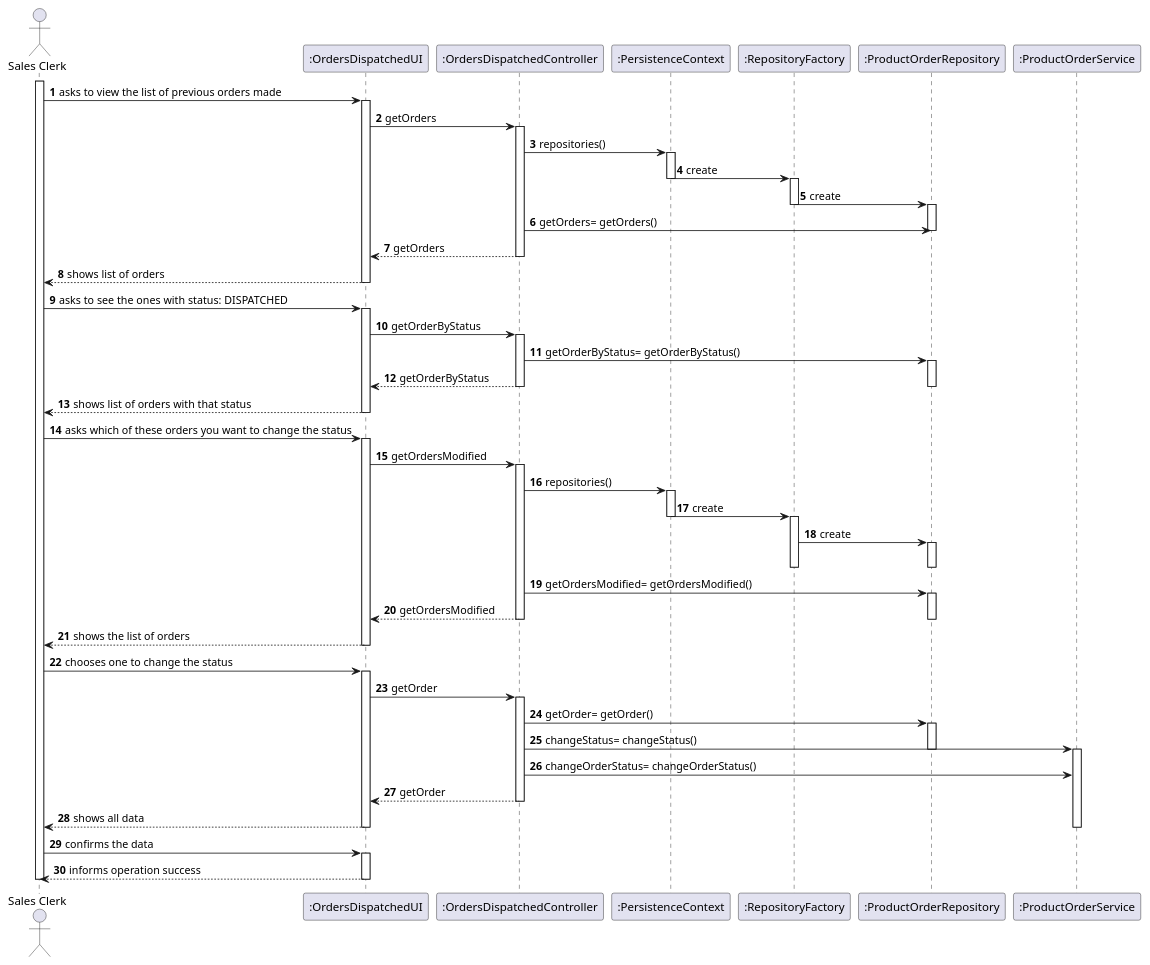
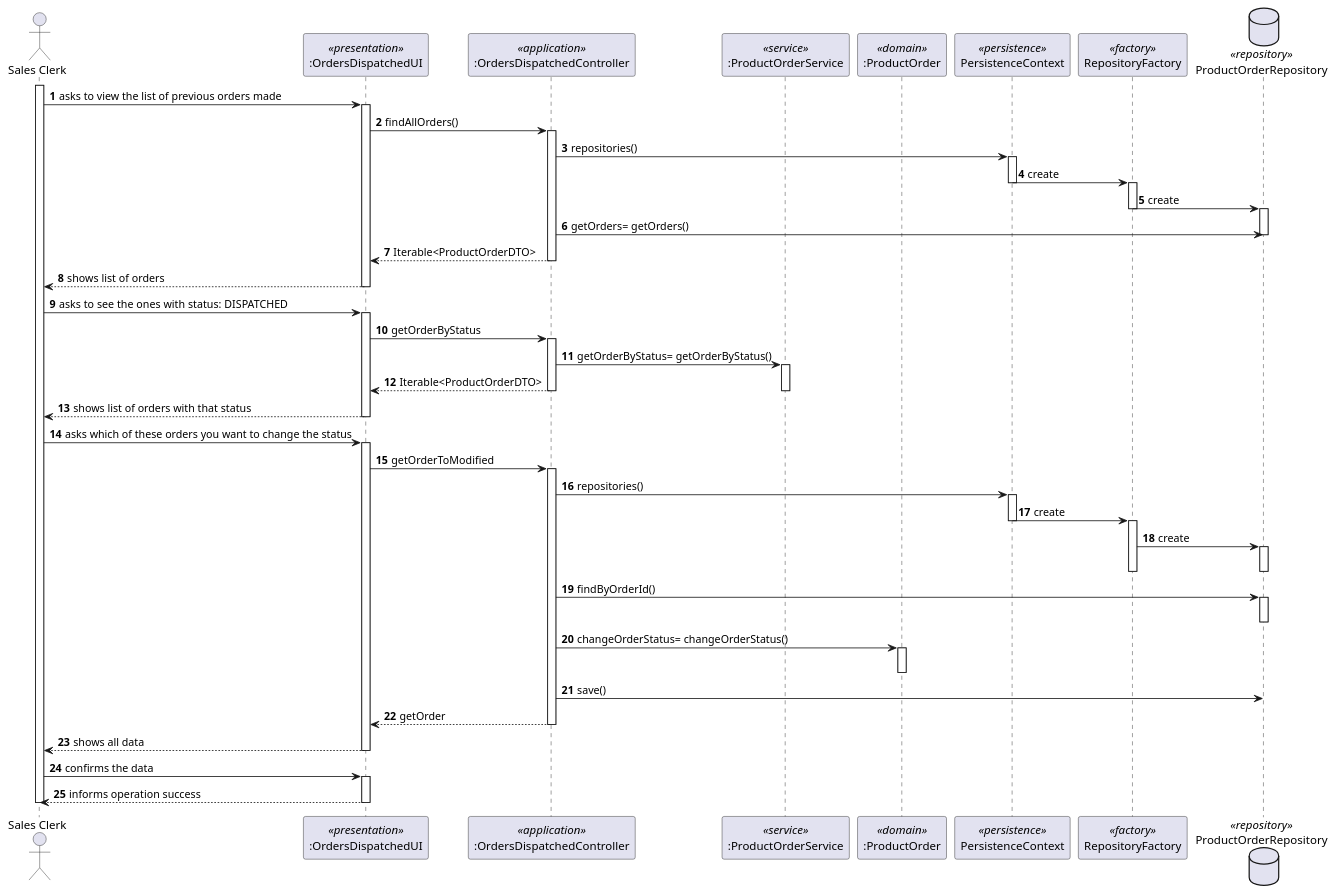
The diagram in docs/Sprint4/US1006/US1006_SD.puml (marttuga/LAPR4-SmartSystems), drawn with PlantUML before and after one commit.

Commit message:
<L2L20-91> US1006: Design (SD with DTO)

```diff
--- a/docs/Sprint4/US1006/US1006_SD.puml
+++ b/docs/Sprint4/US1006/US1006_SD.puml
@@ -1,106 +1,97 @@
 @startuml
 autonumber
 'hide footbox
 actor "Sales Clerk" as SC
-participant ":OrdersDispatchedUI" as UI
-participant ":OrdersDispatchedController" as CTRL
-participant ":PersistenceContext" as PC
-participant ":RepositoryFactory" as RF
-participant ":ProductOrderRepository" as ProdRepo
-participant ":ProductOrderService" as ProdS
+participant ":OrdersDispatchedUI" as UI <<presentation>>
+participant ":OrdersDispatchedController" as CTRL <<application>>
+participant ":ProductOrderService" as ProdS <<service>>
+participant ":ProductOrder" as PORd <<domain>>
+participant "PersistenceContext" as PC <<persistence>>
+participant "RepositoryFactory" as RF <<factory>>
+database "ProductOrderRepository" as ProdRepo <<repository>>
 
 activate SC
 
 SC -> UI : asks to view the list of previous orders made
 activate UI
 
-UI -> CTRL : getOrders
+UI -> CTRL : findAllOrders()
 activate CTRL
 CTRL -> PC : repositories()
 
 activate PC
 PC -> RF : create
 deactivate PC
 activate RF
 RF -> ProdRepo : create
 deactivate RF
 activate ProdRepo
 deactivate ProdRepo
 CTRL -> ProdRepo : getOrders= getOrders()
 
 deactivate ProdRepo
 
-CTRL --> UI :  getOrders
+CTRL --> UI :  Iterable<ProductOrderDTO>
 deactivate CTRL
 
 UI --> SC : shows list of orders
 deactivate UI
 SC -> UI : asks to see the ones with status: DISPATCHED
 activate UI
 
 UI -> CTRL : getOrderByStatus
 activate CTRL
-CTRL -> ProdRepo : getOrderByStatus= getOrderByStatus()
-activate ProdRepo
-CTRL --> UI :  getOrderByStatus
+CTRL -> ProdS : getOrderByStatus= getOrderByStatus()
+activate ProdS
+CTRL --> UI :  Iterable<ProductOrderDTO>
 deactivate CTRL
-deactivate ProdRepo
+deactivate ProdS
 
 UI --> SC :  shows list of orders with that status
 deactivate UI
 
 SC -> UI : asks which of these orders you want to change the status
 activate UI
 
-UI -> CTRL : getOrdersModified
+UI -> CTRL : getOrderToModified
 activate CTRL
 CTRL -> PC : repositories()
 
 activate PC
 PC -> RF : create
 deactivate PC
 activate RF
 RF -> ProdRepo : create
 activate ProdRepo
 deactivate RF
 
 deactivate ProdRepo
-CTRL -> ProdRepo : getOrdersModified= getOrdersModified()
+CTRL -> ProdRepo : findByOrderId()
 activate ProdRepo
-CTRL --> UI :  getOrdersModified
-deactivate CTRL
+
 deactivate ProdRepo
 
-UI --> SC : shows the list of orders
-deactivate UI
+CTRL -> PORd : changeOrderStatus= changeOrderStatus()
+activate PORd
+deactivate ProdRepo
+deactivate PORd
+CTRL -> ProdRepo : save()
 
-SC -> UI : chooses one to change the status
-activate UI
-
-UI -> CTRL : getOrder
-activate CTRL
-CTRL -> ProdRepo : getOrder= getOrder()
-activate ProdRepo
-CTRL -> ProdS: changeStatus= changeStatus()
-deactivate ProdRepo
-activate ProdS
-CTRL -> ProdS : changeOrderStatus= changeOrderStatus()
-deactivate ProdRepo
 CTRL --> UI :  getOrder
 deactivate CTRL
 
 UI --> SC :shows all data
 deactivate UI
 deactivate ProdS
 deactivate UI
 
 SC -> UI : confirms the data
 
 activate UI
 UI --> SC : informs operation success
 deactivate UI
 
 deactivate UI
 deactivate SC
 
 @enduml
```
